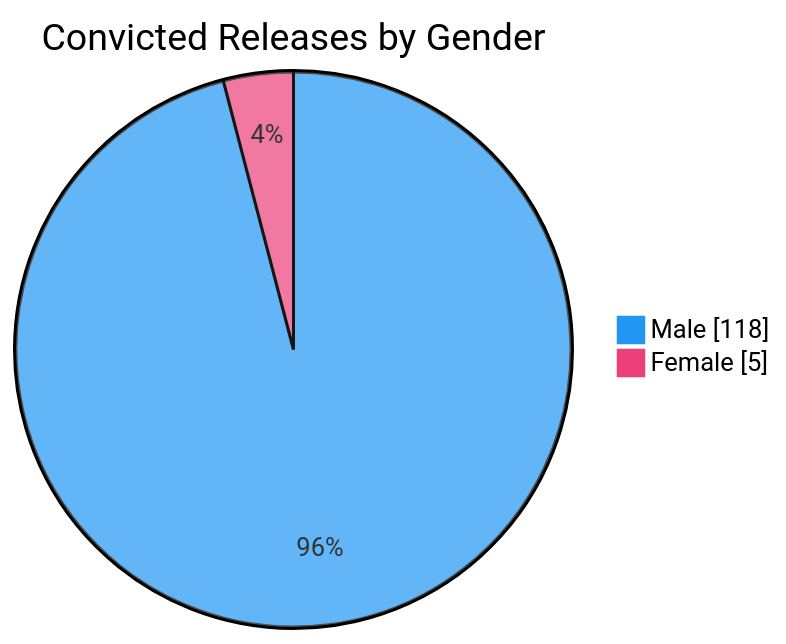
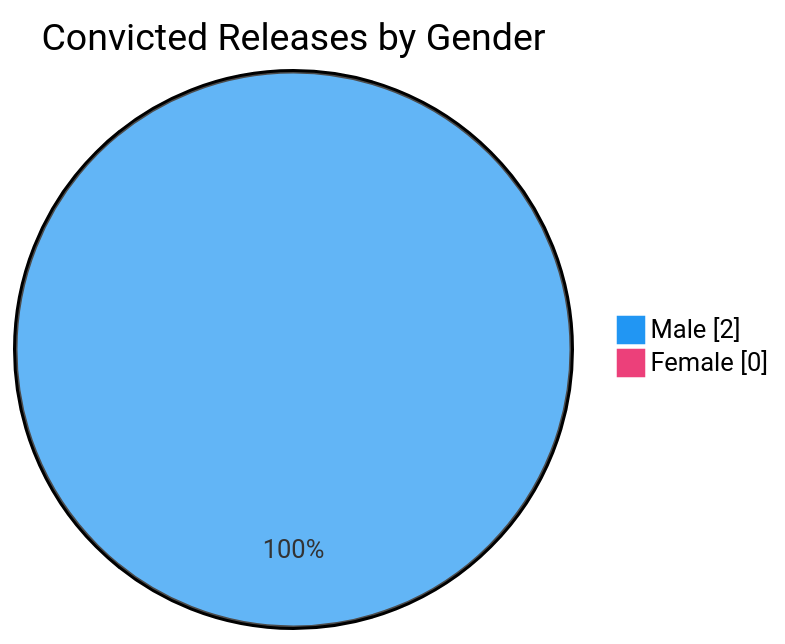
Before and after one commit to nuuuwan/lk_prisons: the sixth of 7 diagrams in README.md, drawn with Mermaid. The commit also changed other lines of this file and 1 other file, not shown here.

````diff
--- a/README.md
+++ b/README.md
@@ -98,6 +98,6 @@
 ```mermaid
 %%{init: {'themeVariables': {'pie1': '#2196F3', 'pie2': '#EC407A'}}}%%
 pie showData title Convicted Releases by Gender
-    "Male" : 118
-    "Female" : 5
+    "Male" : 2
+    "Female" : 0
 ```
````
